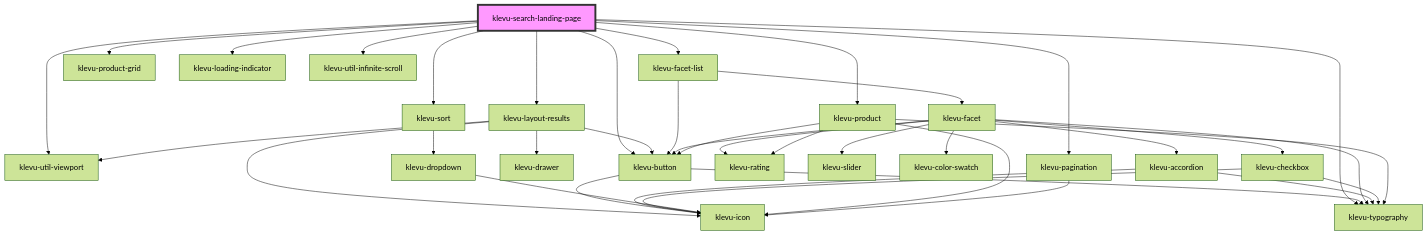
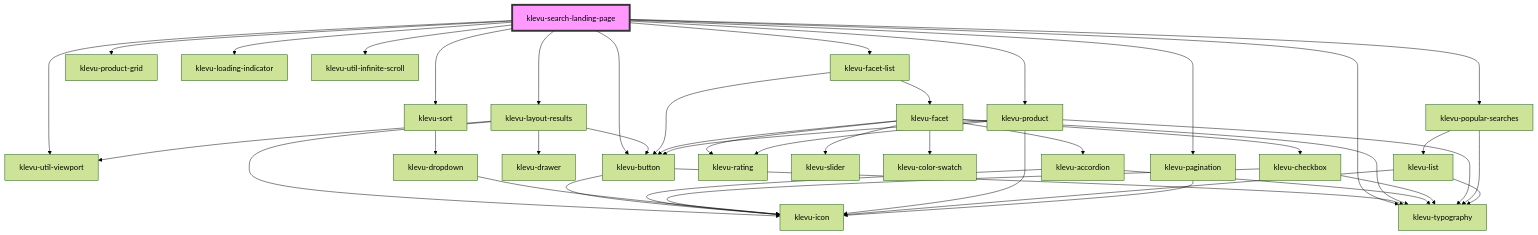
One commit to klevultd/frontend-sdk changed the diagram in packages/klevu-ui/src/components/klevu-search-landing-page/readme.md. Above: the diagram before and after it, drawn with Mermaid (forest theme). The commit also changed other lines of this file and 13 other files, not shown here.

````diff
--- a/packages/klevu-ui/src/components/klevu-search-landing-page/readme.md
+++ b/packages/klevu-ui/src/components/klevu-search-landing-page/readme.md
@@ -63,41 +64,46 @@
 ```mermaid
 graph TD;
   klevu-search-landing-page --> klevu-util-viewport
   klevu-search-landing-page --> klevu-layout-results
   klevu-search-landing-page --> klevu-facet-list
   klevu-search-landing-page --> klevu-typography
   klevu-search-landing-page --> klevu-sort
   klevu-search-landing-page --> klevu-product-grid
   klevu-search-landing-page --> klevu-product
+  klevu-search-landing-page --> klevu-popular-searches
   klevu-search-landing-page --> klevu-loading-indicator
   klevu-search-landing-page --> klevu-util-infinite-scroll
   klevu-search-landing-page --> klevu-pagination
   klevu-search-landing-page --> klevu-button
   klevu-layout-results --> klevu-util-viewport
   klevu-layout-results --> klevu-button
   klevu-layout-results --> klevu-icon
   klevu-layout-results --> klevu-drawer
   klevu-button --> klevu-icon
   klevu-button --> klevu-typography
   klevu-facet-list --> klevu-facet
   klevu-facet-list --> klevu-button
   klevu-facet --> klevu-accordion
   klevu-facet --> klevu-rating
   klevu-facet --> klevu-typography
   klevu-facet --> klevu-slider
   klevu-facet --> klevu-color-swatch
   klevu-facet --> klevu-checkbox
   klevu-facet --> klevu-button
   klevu-accordion --> klevu-typography
   klevu-accordion --> klevu-icon
   klevu-checkbox --> klevu-icon
   klevu-checkbox --> klevu-typography
   klevu-sort --> klevu-dropdown
   klevu-dropdown --> klevu-icon
   klevu-product --> klevu-icon
   klevu-product --> klevu-typography
   klevu-product --> klevu-button
   klevu-product --> klevu-rating
+  klevu-popular-searches --> klevu-typography
+  klevu-popular-searches --> klevu-list
+  klevu-list --> klevu-icon
+  klevu-list --> klevu-typography
   klevu-pagination --> klevu-icon
   style klevu-search-landing-page fill:#f9f,stroke:#333,stroke-width:4px
 ```
````
